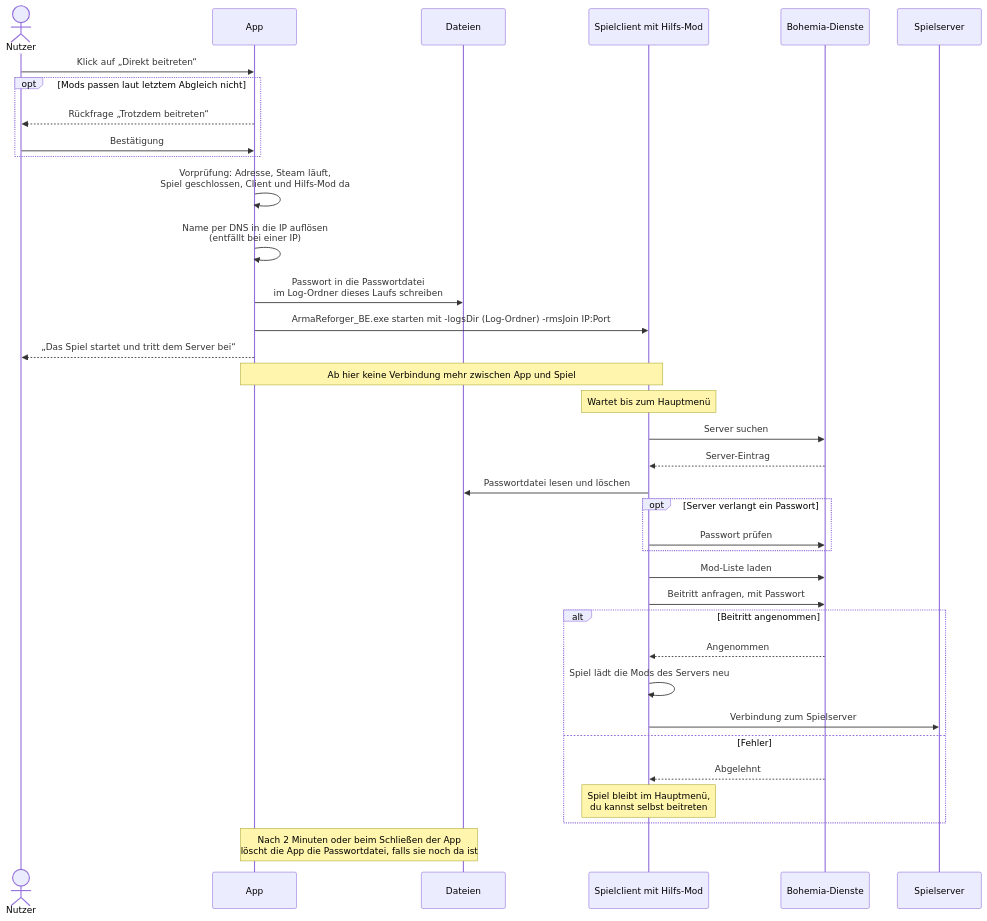
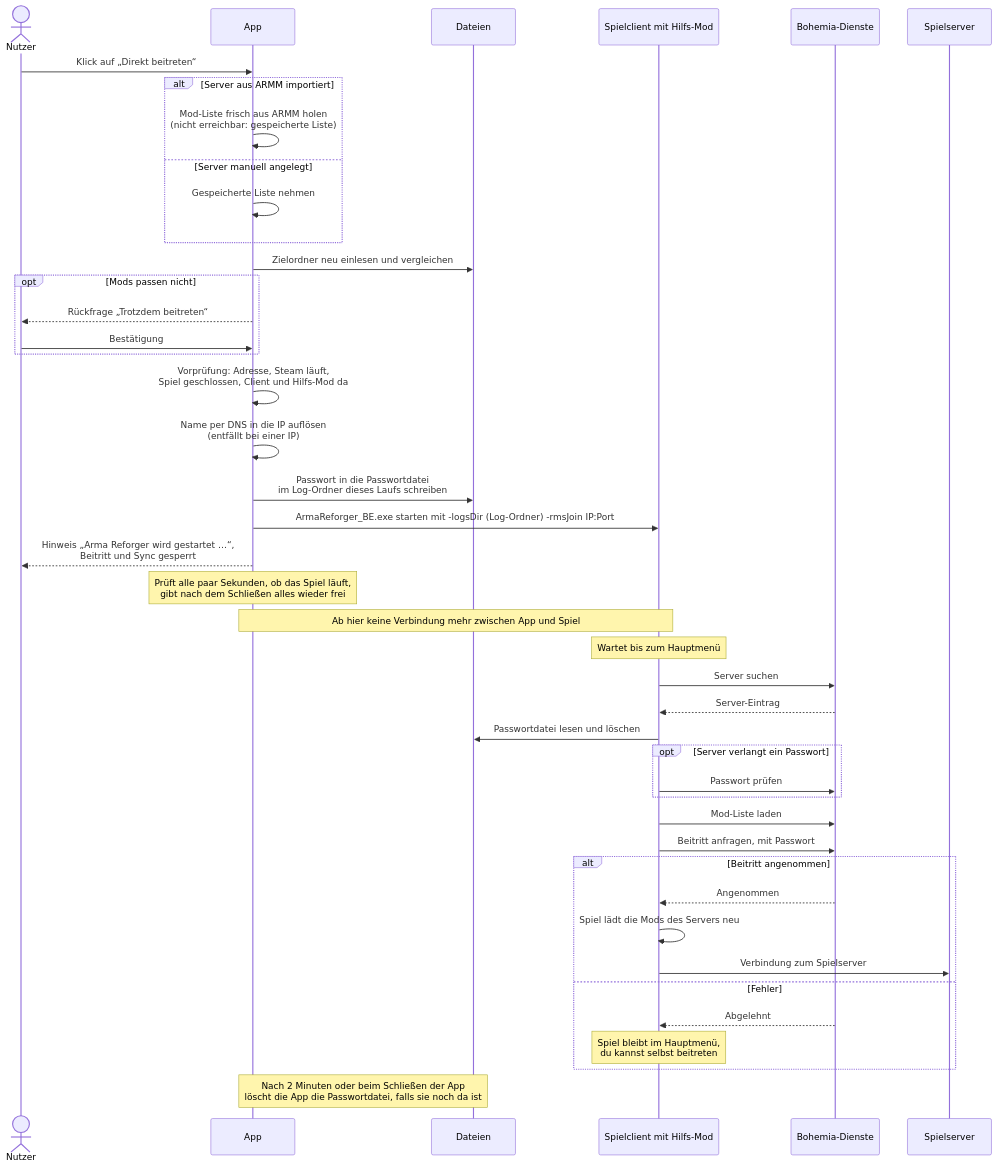
One commit to morok101st/Arma-Reforger-Local-Manager changed the fourth of 4 diagrams in README.md. Above: the diagram before and after it, drawn with Mermaid. The commit also changed other lines of this file and 6 other files, not shown here.

Commit message:
Doku zu 0.6.2: Bilder neu, Bild zum Hinweis beim Beitritt, Abgleich vor dem Beitritt, Knopf „Aus ARMM importieren“, Importdatei mit beliebigem Namen

````diff
--- a/README.md
+++ b/README.md
@@ -294,39 +296,46 @@
 ```mermaid
 sequenceDiagram
     actor N as Nutzer
     participant A as App
     participant D as Dateien
     participant H as Spielclient mit Hilfs-Mod
     participant B as Bohemia-Dienste
     participant S as Spielserver
 
     N->>A: Klick auf „Direkt beitreten“
-    opt Mods passen laut letztem Abgleich nicht
+    alt Server aus ARMM importiert
+        A->>A: Mod-Liste frisch aus ARMM holen<br/>(nicht erreichbar: gespeicherte Liste)
+    else Server manuell angelegt
+        A->>A: Gespeicherte Liste nehmen
+    end
+    A->>D: Zielordner neu einlesen und vergleichen
+    opt Mods passen nicht
         A-->>N: Rückfrage „Trotzdem beitreten“
         N->>A: Bestätigung
     end
     A->>A: Vorprüfung: Adresse, Steam läuft,<br/>Spiel geschlossen, Client und Hilfs-Mod da
     A->>A: Name per DNS in die IP auflösen<br/>(entfällt bei einer IP)
     A->>D: Passwort in die Passwortdatei<br/>im Log-Ordner dieses Laufs schreiben
     A->>H: ArmaReforger_BE.exe starten mit -logsDir (Log-Ordner) -rmsJoin IP:Port
-    A-->>N: „Das Spiel startet und tritt dem Server bei“
+    A-->>N: Hinweis „Arma Reforger wird gestartet …“,<br/>Beitritt und Sync gesperrt
+    Note over A: Prüft alle paar Sekunden, ob das Spiel läuft,<br/>gibt nach dem Schließen alles wieder frei
     Note over A,H: Ab hier keine Verbindung mehr zwischen App und Spiel
     Note over H: Wartet bis zum Hauptmenü
     H->>B: Server suchen
     B-->>H: Server-Eintrag
     H->>D: Passwortdatei lesen und löschen
     opt Server verlangt ein Passwort
         H->>B: Passwort prüfen
     end
     H->>B: Mod-Liste laden
     H->>B: Beitritt anfragen, mit Passwort
     alt Beitritt angenommen
         B-->>H: Angenommen
         H->>H: Spiel lädt die Mods des Servers neu
         H->>S: Verbindung zum Spielserver
     else Fehler
         B-->>H: Abgelehnt
         Note over H: Spiel bleibt im Hauptmenü,<br/>du kannst selbst beitreten
     end
     Note over A,D: Nach 2 Minuten oder beim Schließen der App<br/>löscht die App die Passwortdatei, falls sie noch da ist
 ```
````
